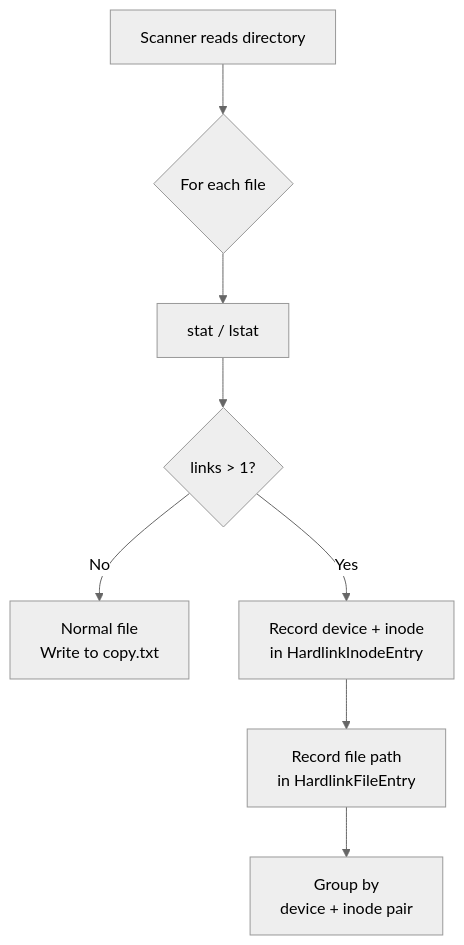
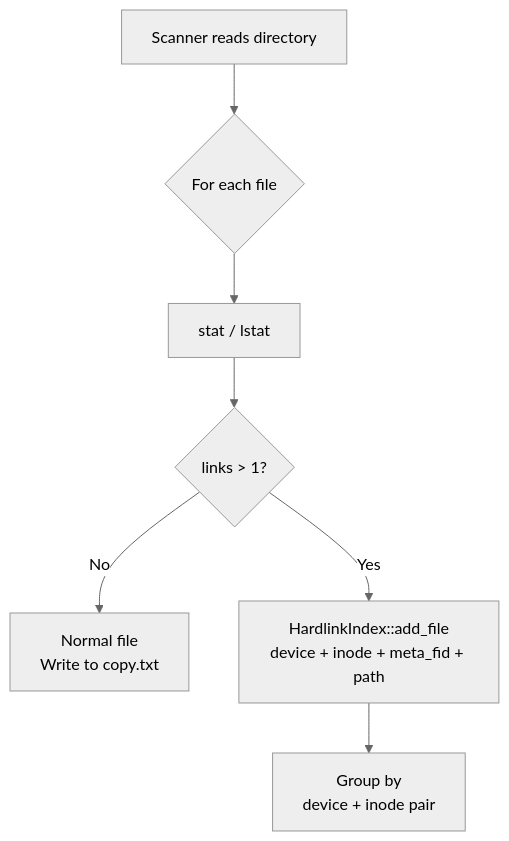
Before and after one commit to XUranus/fpt-rs: the first of 3 diagrams in wiki/docs/concepts/hardlinks.md, drawn with Mermaid (neutral theme). The commit also changed other lines of this file and 60 other files, not shown here.

First line of the commit message:
Enhance wiki: code snippets, mermaid diagrams, i18n zh-CN support

````diff
--- a/wiki/docs/concepts/hardlinks.md
+++ b/wiki/docs/concepts/hardlinks.md
@@ -14,10 +68,9 @@
 ```mermaid
 flowchart TD
     A[Scanner reads directory] --> B{For each file}
     B --> C[stat / lstat]
     C --> D{links > 1?}
     D -->|No| E[Normal file<br/>Write to copy.txt]
-    D -->|Yes| F[Record device + inode<br/>in HardlinkInodeEntry]
-    F --> G[Record file path<br/>in HardlinkFileEntry]
-    G --> H[Group by<br/>device + inode pair]
+    D -->|Yes| F[HardlinkIndex::add_file<br/>device + inode + meta_fid + path]
+    F --> G[Group by<br/>device + inode pair]
 ```
````
